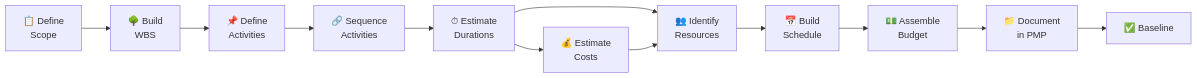
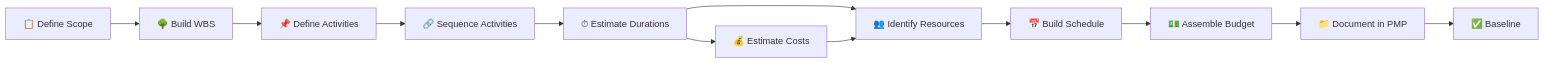
One commit to UncleJS/course_projectManagement changed the first of 5 diagrams in modules/04-planning.md. Above: the diagram before and after it, drawn with Mermaid. The commit also changed other lines of this file and 16 other files, not shown here.

Commit message:
Fix Mermaid rendering: remove literal \n from all diagram labels; quote unquoted & in flowchart nodes

````diff
--- a/modules/04-planning.md
+++ b/modules/04-planning.md
@@ -44,18 +44,18 @@
 ```mermaid
 flowchart LR
-    DS["📋 Define\nScope"]
-    WB["🌳 Build\nWBS"]
-    DA["📌 Define\nActivities"]
-    SA["🔗 Sequence\nActivities"]
-    ED["⏱ Estimate\nDurations"]
-    EC["💰 Estimate\nCosts"]
-    IR["👥 Identify\nResources"]
-    BS["📅 Build\nSchedule"]
-    AB["💵 Assemble\nBudget"]
-    PMP["📁 Document\nin PMP"]
+    DS["📋 Define Scope"]
+    WB["🌳 Build WBS"]
+    DA["📌 Define Activities"]
+    SA["🔗 Sequence Activities"]
+    ED["⏱ Estimate Durations"]
+    EC["💰 Estimate Costs"]
+    IR["👥 Identify Resources"]
+    BS["📅 Build Schedule"]
+    AB["💵 Assemble Budget"]
+    PMP["📁 Document in PMP"]
     BL["✅ Baseline"]
     DS --> WB --> DA --> SA --> ED --> EC
     ED --> IR
     EC --> IR
     IR --> BS --> AB --> PMP --> BL
 ```
````
